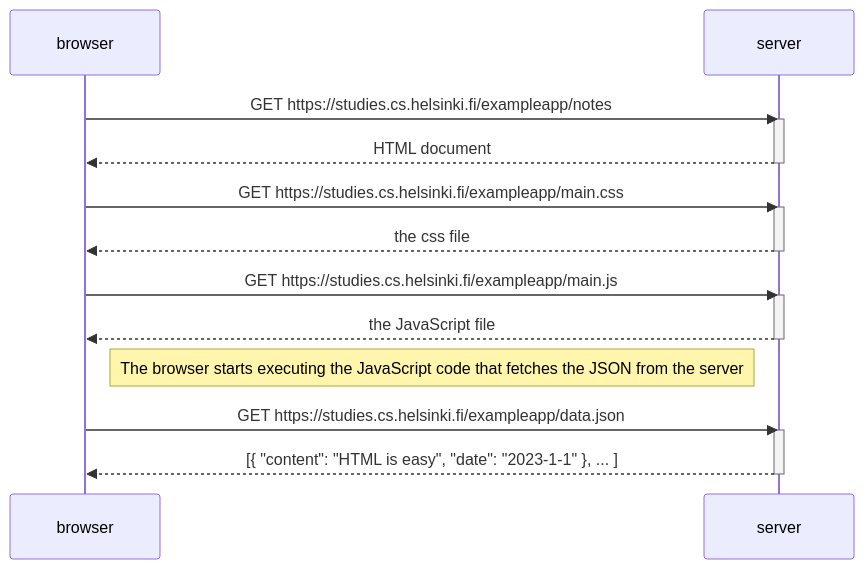
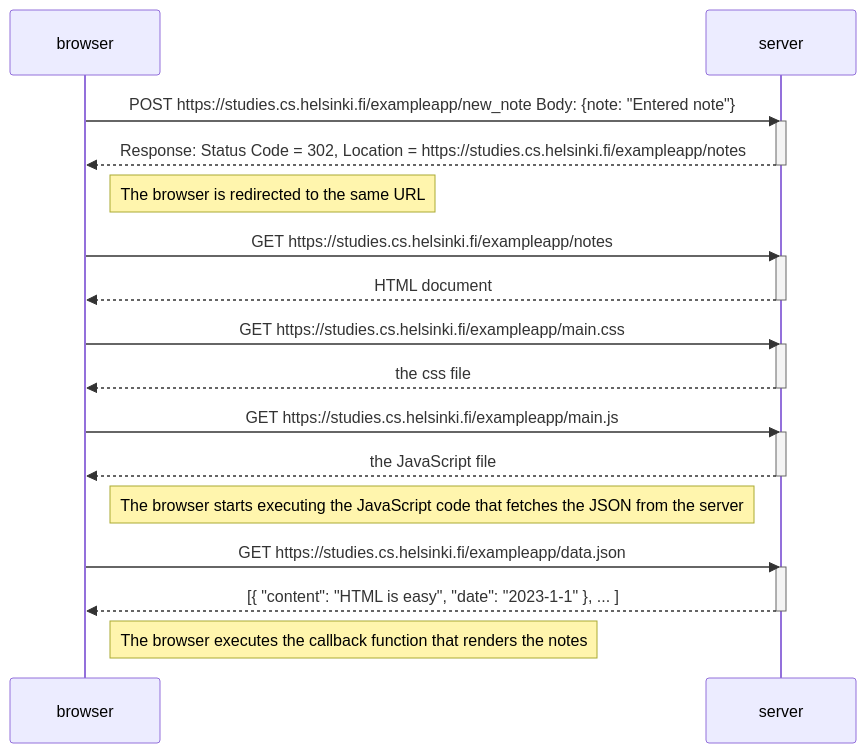
Before and after one commit to Izemmmm/fullstack-course: the diagram in 0.4_new_note_diagram.md, drawn with Mermaid.

Commit message:
Update 0.4_new_note_diagram.md
Added a new sequence diagram for note creation and redirection.

````diff
--- a/0.4_new_note_diagram.md
+++ b/0.4_new_note_diagram.md
@@ -1,27 +1,36 @@
 ```mermaid
 sequenceDiagram
     participant browser
     participant server
+
+    browser->>server: POST https://studies.cs.helsinki.fi/exampleapp/new_note Body: {note: "Entered note"}
+    activate server
+    server-->>browser: Response: Status Code = 302, Location = https://studies.cs.helsinki.fi/exampleapp/notes
+    deactivate server
+
+    Note right of browser: The browser is redirected to the same URL
 
     browser->>server: GET https://studies.cs.helsinki.fi/exampleapp/notes
     activate server
     server-->>browser: HTML document
     deactivate server
 
     browser->>server: GET https://studies.cs.helsinki.fi/exampleapp/main.css
     activate server
     server-->>browser: the css file
     deactivate server
 
     browser->>server: GET https://studies.cs.helsinki.fi/exampleapp/main.js
     activate server
     server-->>browser: the JavaScript file
     deactivate server
 
     Note right of browser: The browser starts executing the JavaScript code that fetches the JSON from the server
 
     browser->>server: GET https://studies.cs.helsinki.fi/exampleapp/data.json
     activate server
     server-->>browser: [{ "content": "HTML is easy", "date": "2023-1-1" }, ... ]
     deactivate server
+
+    Note right of browser: The browser executes the callback function that renders the notes
 ```
````
